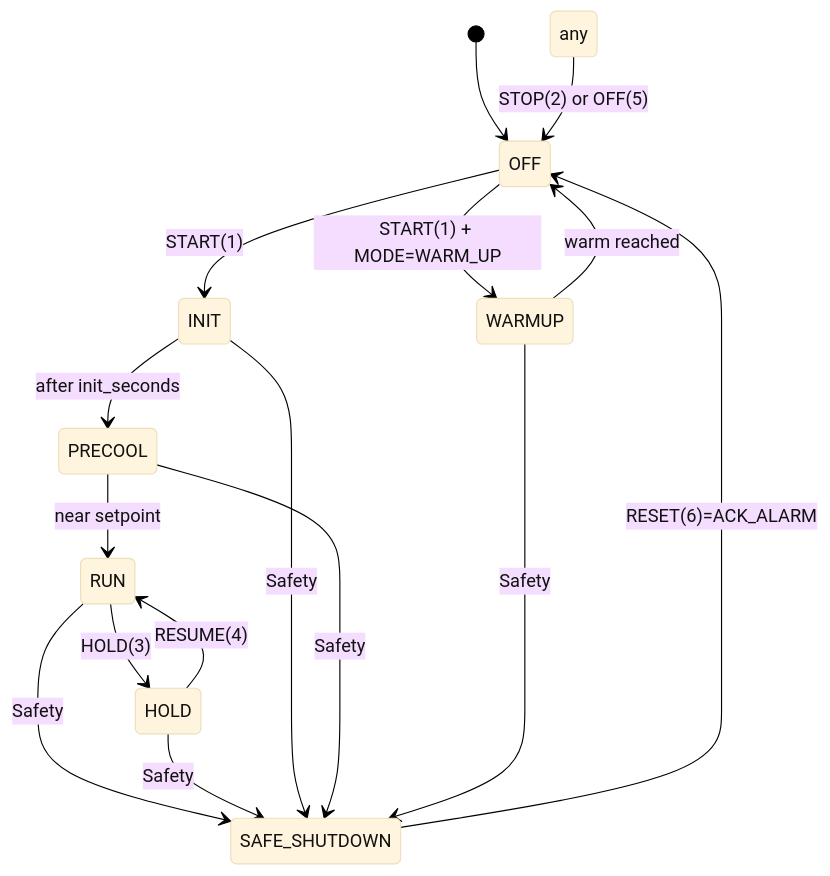
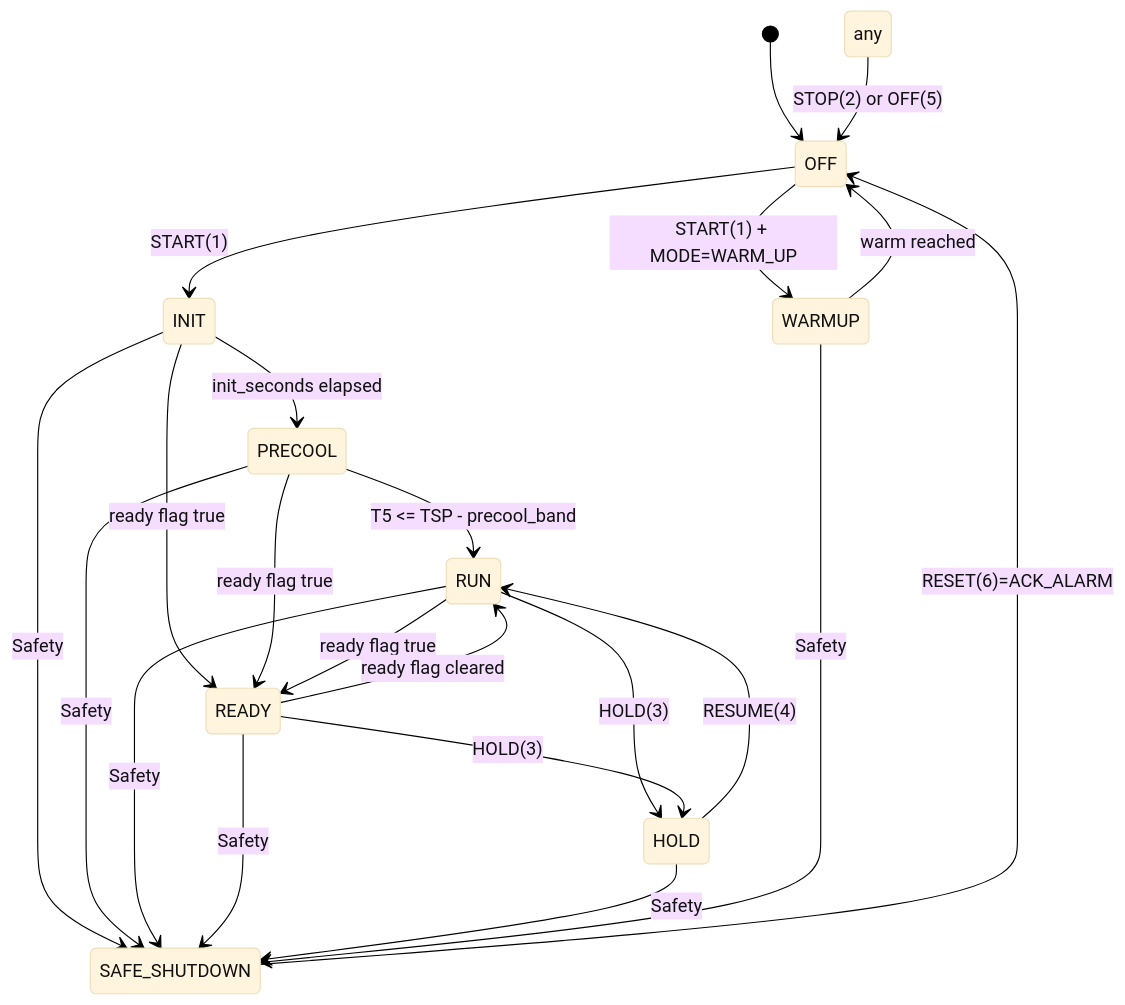
One commit to verysys-pal/DCM_CCV2 changed the diagram in docs/mermaid/SystemState.mmd. Above: the diagram before and after it, drawn with Mermaid. The commit also changed 15 other files, not shown here.

```diff
--- a/docs/mermaid/SystemState.mmd
+++ b/docs/mermaid/SystemState.mmd
@@ -1,26 +1,33 @@
 %%{init: {"theme":"base","themeVariables":{
 "background":"#ffffff",
 "primaryTextColor":"#111111"
 }}}%%
 
 stateDiagram-v2
   [*] --> OFF
-  %% Start paths
+  %% 시작 경로
   OFF --> WARMUP: START(1) + MODE=WARM_UP
   OFF --> INIT: START(1)
-  INIT --> PRECOOL: after init_seconds
-  PRECOOL --> RUN: near setpoint
-  %% Hold/Resume
+  INIT --> PRECOOL: init_seconds elapsed
+  PRECOOL --> RUN: T5 <= TSP - precool_band
+  %% READY 표출 (시뮬레이터 ready 플래그)
+  INIT --> READY: ready flag true
+  PRECOOL --> READY: ready flag true
+  RUN --> READY: ready flag true
+  READY --> RUN: ready flag cleared
+  %% 보류/재개
   RUN --> HOLD: HOLD(3)
+  READY --> HOLD: HOLD(3)
   HOLD --> RUN: RESUME(4)
-  %% Stop/Off
+  %% 정지/전원 OFF
   any --> OFF: STOP(2) or OFF(5)
   WARMUP --> OFF: warm reached
-  
+  %% 안전 전이
   state SAFE_SHUTDOWN
-  RUN --> SAFE_SHUTDOWN: Safety
-  HOLD --> SAFE_SHUTDOWN: Safety
   INIT --> SAFE_SHUTDOWN: Safety
   PRECOOL --> SAFE_SHUTDOWN: Safety
+  RUN --> SAFE_SHUTDOWN: Safety
+  READY --> SAFE_SHUTDOWN: Safety
+  HOLD --> SAFE_SHUTDOWN: Safety
   WARMUP --> SAFE_SHUTDOWN: Safety
   SAFE_SHUTDOWN --> OFF: RESET(6)=ACK_ALARM
```
